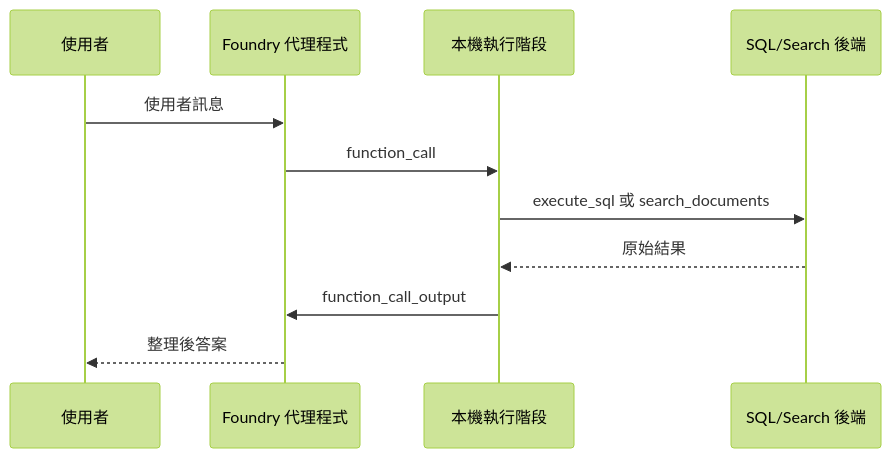
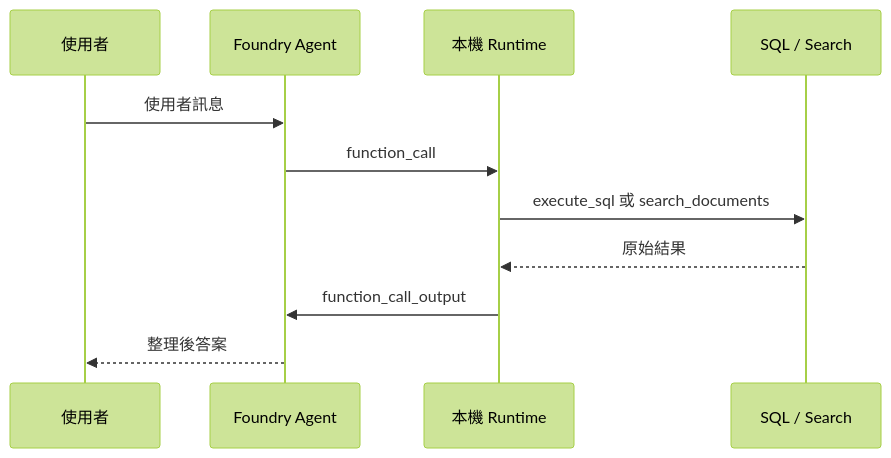
One commit to payton-chou-ms/e2e-ms-foundry-workshop changed the diagram in workshop/docs/03-understand/03-foundry-tool.md. Above: the diagram before and after it, drawn with Mermaid (forest theme). The commit also changed other lines of this file and 33 other files, not shown here.

````diff
--- a/workshop/docs/03-understand/03-foundry-tool.md
+++ b/workshop/docs/03-understand/03-foundry-tool.md
@@ -175,14 +35,14 @@
 ```mermaid
 sequenceDiagram
     participant U as 使用者
-    participant A as Foundry 代理程式
-    participant R as 本機執行階段
-    participant S as SQL/Search 後端
+    participant A as Foundry Agent
+    participant R as 本機 Runtime
+    participant S as SQL / Search
 
     U->>A: 使用者訊息
     A->>R: function_call
     R->>S: execute_sql 或 search_documents
     S-->>R: 原始結果
     R->>A: function_call_output
     A-->>U: 整理後答案
 ```
````
